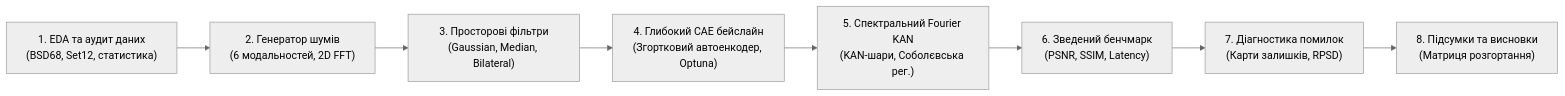
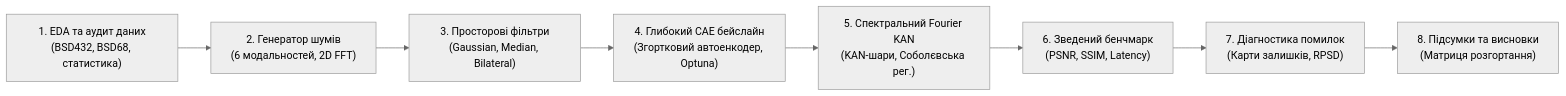
Before and after one commit to BogdanPinchuk/ComputerVision-PBY_HW16_Course_Project: the diagram in README_UA.md, drawn with Mermaid (neutral theme). The commit also changed other lines of this file and 3 other files, not shown here.

````diff
--- a/README_UA.md
+++ b/README_UA.md
@@ -33,10 +33,10 @@
 ```mermaid
 flowchart LR
-    S1["1. EDA та аудит даних<br/>(BSD68, Set12, статистика)"] --> S2["2. Генератор шумів<br/>(6 модальностей, 2D FFT)"]
+    S1["1. EDA та аудит даних<br/>(BSD432, BSD68, статистика)"] --> S2["2. Генератор шумів<br/>(6 модальностей, 2D FFT)"]
     S2 --> S3["3. Просторові фільтри<br/>(Gaussian, Median, Bilateral)"]
     S3 --> S4["4. Глибокий CAE бейслайн<br/>(Згортковий автоенкодер, Optuna)"]
     S4 --> S5["5. Спектральний Fourier KAN<br/>(KAN-шари, Соболєвська рег.)"]
     S5 --> S6["6. Зведений бенчмарк<br/>(PSNR, SSIM, Latency)"]
     S6 --> S7["7. Діагностика помилок<br/>(Карти залишків, RPSD)"]
     S7 --> S8["8. Підсумки та висновки<br/>(Матриця розгортання)"]
 ```
````
